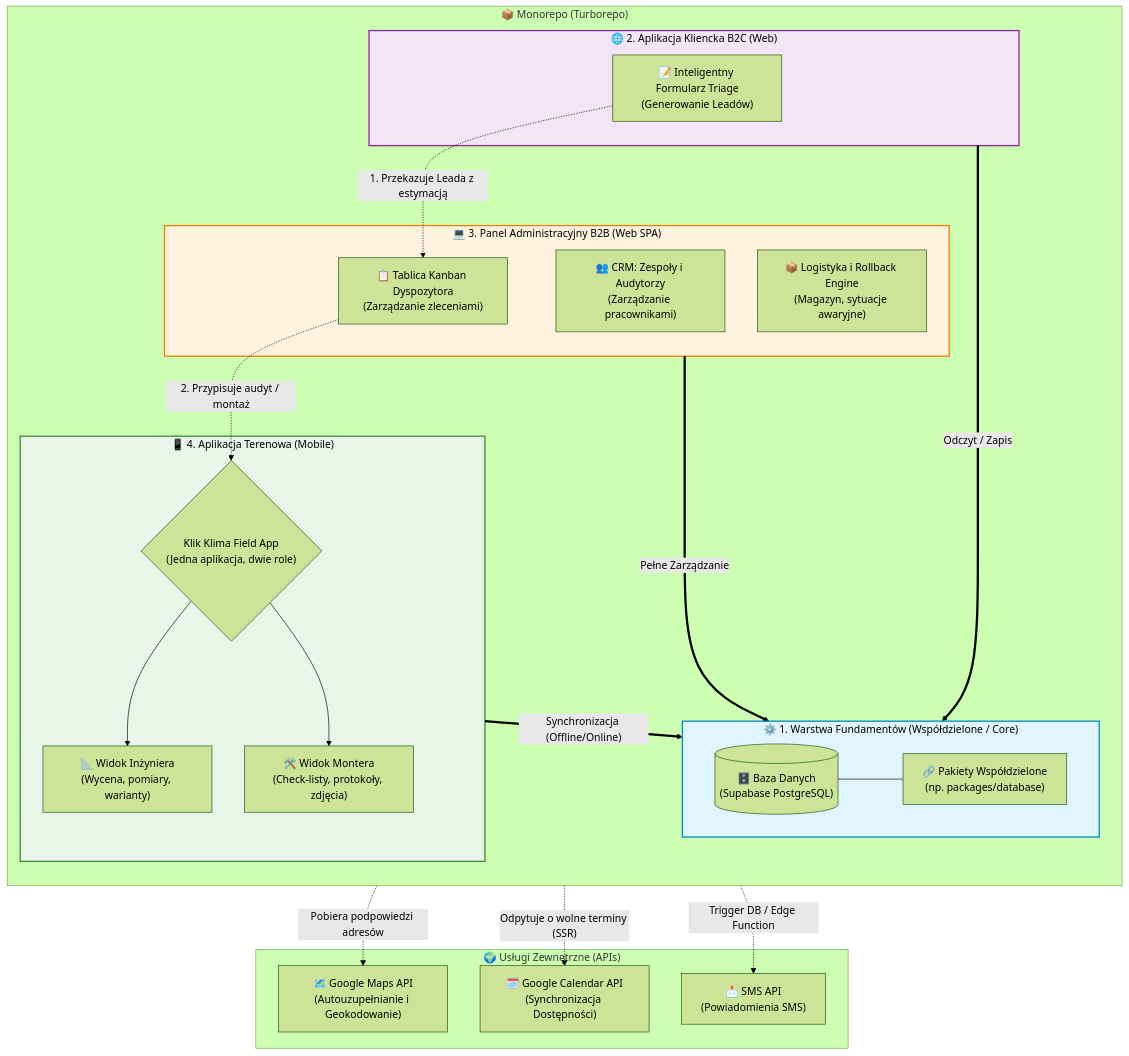
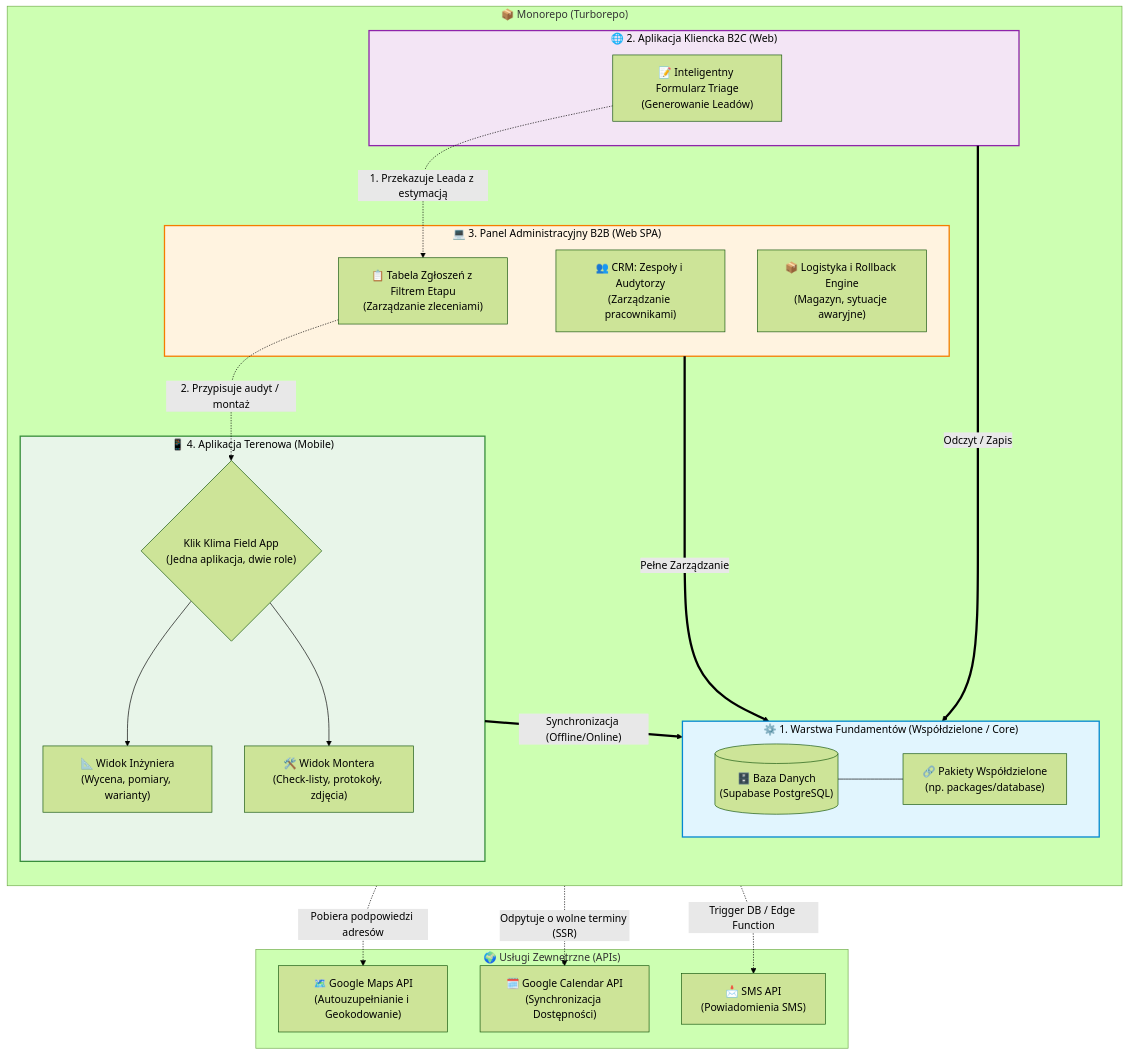
Before and after one commit to aiprojectmanagersznurowski-afk/klikklima-system: the first of 3 diagrams in turborepo/docs/architecture/system_architecture.md, drawn with Mermaid (forest theme). The commit also changed other lines of this file and 27 other files, not shown here.

````diff
--- a/turborepo/docs/architecture/system_architecture.md
+++ b/turborepo/docs/architecture/system_architecture.md
@@ -9,62 +9,62 @@
 ```mermaid
 flowchart TB
     subgraph Monorepo["📦 Monorepo (Turborepo)"]
         direction TB
 
         subgraph Core["⚙️ 1. Warstwa Fundamentów (Współdzielone / Core)"]
             direction LR
             DB[("🗄️ Baza Danych\n(Supabase PostgreSQL)")]
             E2E["🔗 Pakiety Współdzielone\n(np. packages/database)"]
             DB --- E2E
         end
 
         subgraph B2C["🌐 2. Aplikacja Kliencka B2C (Web)"]
             Triage["📝 Inteligentny Formularz Triage\n(Generowanie Leadów)"]
         end
 
         subgraph B2B["💻 3. Panel Administracyjny B2B (Web SPA)"]
-            Kanban["📋 Tablica Kanban Dyspozytora\n(Zarządzanie zleceniami)"]
+            LeadTable["📋 Tabela Zgłoszeń z Filtrem Etapu\n(Zarządzanie zleceniami)"]
             Crew["👥 CRM: Zespoły i Audytorzy\n(Zarządzanie pracownikami)"]
             Rollback["📦 Logistyka i Rollback Engine\n(Magazyn, sytuacje awaryjne)"]
         end
 
         subgraph Mobile["📱 4. Aplikacja Terenowa (Mobile)"]
             FieldApp{"Klik Klima Field App\n(Jedna aplikacja, dwie role)"}
             Eng["📐 Widok Inżyniera\n(Wycena, pomiary, warianty)"]
             Inst["🛠️ Widok Montera\n(Check-listy, protokoły, zdjęcia)"]
             
             FieldApp --> Eng
             FieldApp --> Inst
         end
 
         %% Relacje dostępu do bazy
         B2C == Odczyt / Zapis ==> Core
         B2B == Pełne Zarządzanie ==> Core
         Mobile == Synchronizacja (Offline/Online) ==> Core
 
         %% Przykładowy przepływ biznesowy (przerywane linie)
-        Triage -. "1. Przekazuje Leada z estymacją" .-> Kanban
-        Kanban -. "2. Przypisuje audyt / montaż" .-> FieldApp
+        Triage -. "1. Przekazuje Leada z estymacją" .-> LeadTable
+        LeadTable -. "2. Przypisuje audyt / montaż" .-> FieldApp
     end
 
     subgraph External["🌍 Usługi Zewnętrzne (APIs)"]
         GoogleMaps["🗺️ Google Maps API\n(Autouzupełnianie i Geokodowanie)"]
         GoogleCal["🗓️ Google Calendar API\n(Synchronizacja Dostępności)"]
         SMSApi["📩 SMS API\n(Powiadomienia SMS)"]
     end
 
     %% Relacje z zewnątrz
     B2C -. "Pobiera podpowiedzi adresów" .-> GoogleMaps
     B2C -. "Odpytuje o wolne terminy (SSR)" .-> GoogleCal
     Core -. "Trigger DB / Edge Function" .-> SMSApi
 
     classDef core fill:#e1f5fe,stroke:#0288d1,stroke-width:2px,color:#000;
     classDef web fill:#f3e5f5,stroke:#8e24aa,stroke-width:2px,color:#000;
     classDef admin fill:#fff3e0,stroke:#f57c00,stroke-width:2px,color:#000;
     classDef mobile fill:#e8f5e9,stroke:#388e3c,stroke-width:2px,color:#000;
 
     class Core core;
     class B2C web;
     class B2B admin;
     class Mobile mobile;
 ```
````
